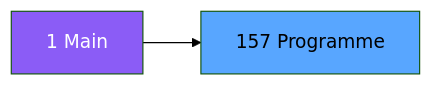
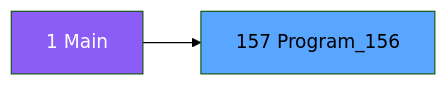
One commit to thonyAGP/magic-migration changed the second of 3 diagrams in .openspec/specs/ADH-IDE-157.md. Above: the diagram before and after it, drawn with Mermaid (forest theme). The commit also changed other lines of this file and 323 other files, not shown here.

````diff
--- a/.openspec/specs/ADH-IDE-157.md
+++ b/.openspec/specs/ADH-IDE-157.md
@@ -98,8 +105,8 @@
 ```mermaid
 graph LR
     M[1 Main]
-    T[157 Programme]
+    T[157 Program_156]
     M --> T
     style M fill:#8b5cf6,color:#fff
     style T fill:#58a6ff,color:#000
 ```
````
